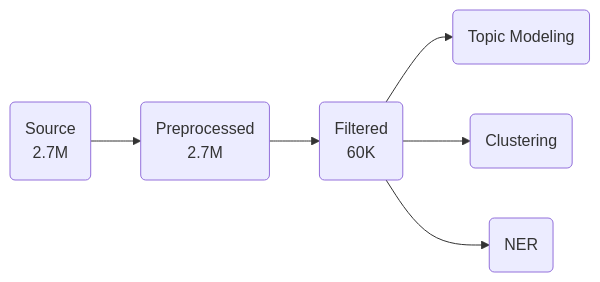
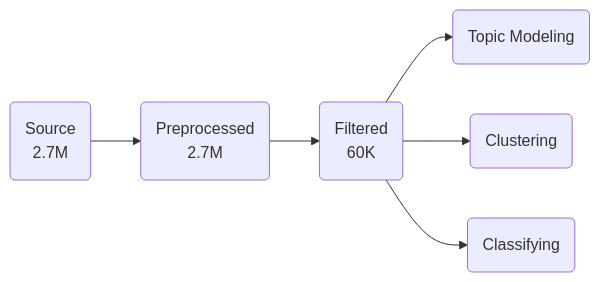
Before and after one commit to juswaldy/noobrainer: the fourth of 5 diagrams in docs/noobrainer History.md, drawn with Mermaid. The commit also changed other lines of this file, not shown here.

````diff
--- a/docs/noobrainer History.md
+++ b/docs/noobrainer History.md
@@ -377,15 +377,15 @@
 ```mermaid
 graph LR
 	Source(Source<br>2.7M)
 	Preprocessed(Preprocessed<br>2.7M)
 	Filtered(Filtered<br>60K)
-	NER(NER)
+	NER(Classifying)
 	Clustr(Clustering)
 	Tomo(Topic Modeling)
 	
 	Source --> Preprocessed
 	Preprocessed --> Filtered
 	Filtered --> Tomo
 	Filtered --> Clustr
     Filtered --> NER
 ```
````
